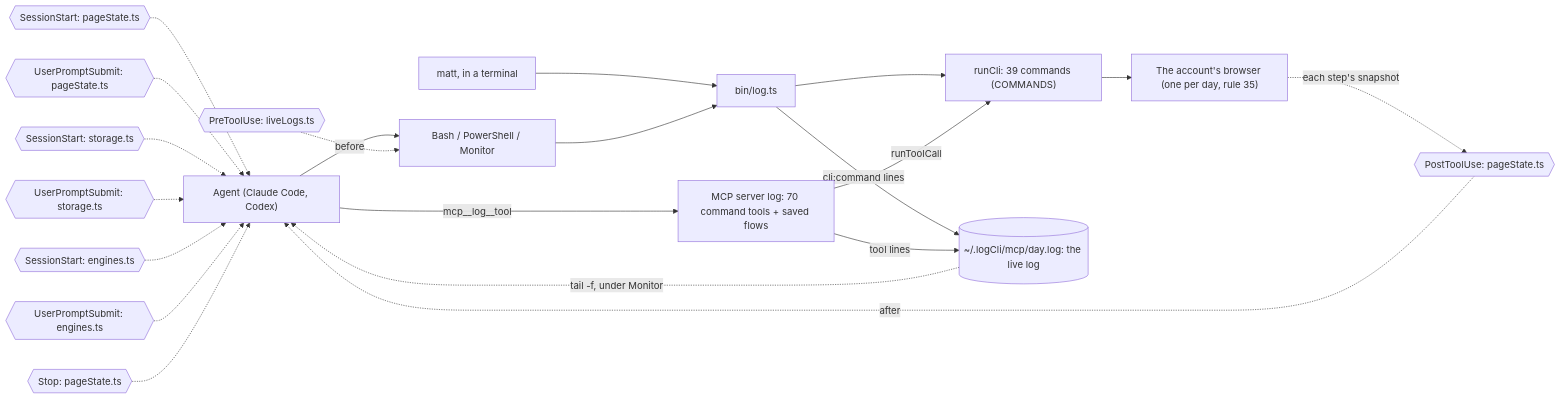
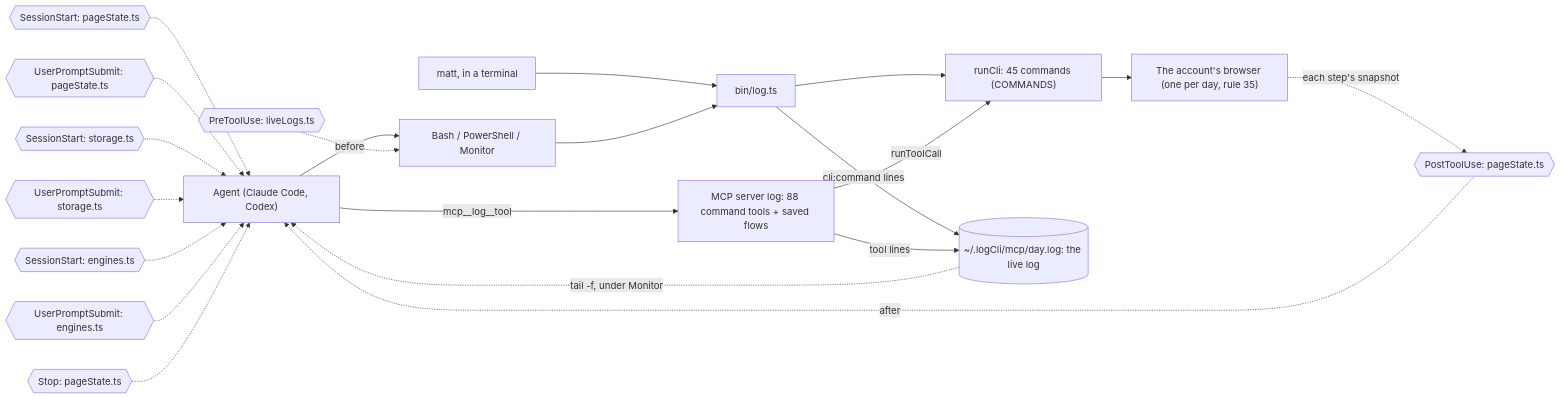
Before and after one commit to matthewdonsemail-lab/log: the second of 5 diagrams in README.md, drawn with Mermaid. The commit also changed other lines of this file and 40 other files, not shown here.

````diff
--- a/README.md
+++ b/README.md
@@ -135,31 +141,31 @@
 ```mermaid
 flowchart LR
   agent["Agent (Claude Code, Codex)"]
   matt["matt, in a terminal"]
   shell["Bash / PowerShell / Monitor"]
-  mcp["MCP server log: 70 command tools + saved flows"]
+  mcp["MCP server log: 88 command tools + saved flows"]
   bin["bin/log.ts"]
-  runCli["runCli: 39 commands (COMMANDS)"]
+  runCli["runCli: 45 commands (COMMANDS)"]
   live[("~/.logCli/mcp/day.log: the live log")]
   browser["The account's browser (one per day, rule 35)"]
   agent --> shell
   matt --> bin
   shell --> bin
   agent -->|mcp__log__tool| mcp
   bin --> runCli
   mcp -->|runToolCall| runCli
   runCli --> browser
   bin -->|cli:command lines| live
   mcp -->|tool lines| live
   live -.->|tail -f, under Monitor| agent
   pre0{{"PreToolUse: liveLogs.ts"}} -.->|before| shell
   post0{{"PostToolUse: pageState.ts"}} -.->|after| agent
   turn0{{"SessionStart: pageState.ts"}} -.-> agent
   turn1{{"UserPromptSubmit: pageState.ts"}} -.-> agent
   turn2{{"SessionStart: storage.ts"}} -.-> agent
   turn3{{"UserPromptSubmit: storage.ts"}} -.-> agent
   turn4{{"SessionStart: engines.ts"}} -.-> agent
   turn5{{"UserPromptSubmit: engines.ts"}} -.-> agent
   turn6{{"Stop: pageState.ts"}} -.-> agent
   browser -.->|each step's snapshot| post0
 ```
````
